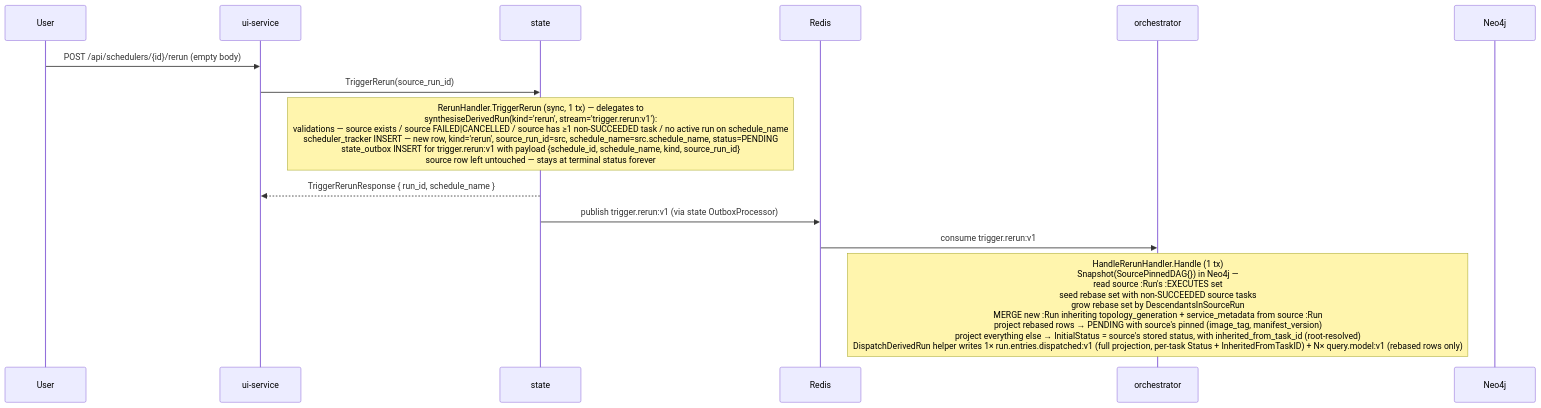
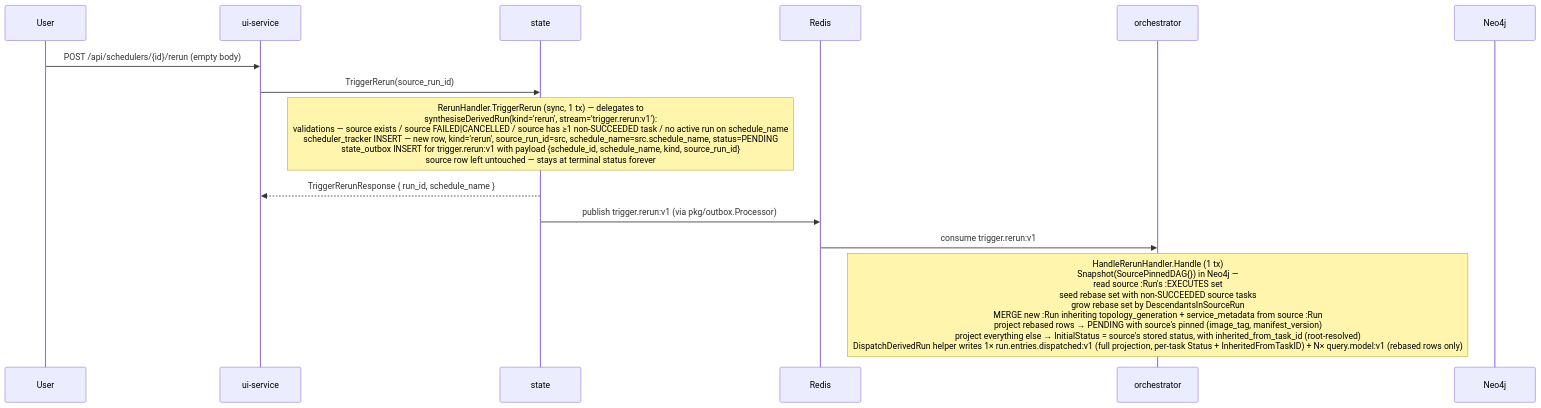
One commit to carolsimone/continuo changed the fourth of 10 diagrams in docs/arch/03-sequence-flows.md. Above: the diagram before and after it, drawn with Mermaid. The commit also changed other lines of this file and 7 other files, not shown here.

First line of the commit message:
docs(arch): reconcile per-service outbox docs with shared pkg/outbox

````diff
--- a/docs/arch/03-sequence-flows.md
+++ b/docs/arch/03-sequence-flows.md
@@ -125,19 +125,19 @@
 ```mermaid
 sequenceDiagram
   participant U as User
   participant UI as ui-service
   participant ST as state
   participant R as Redis
   participant OR as orchestrator
   participant N4 as Neo4j
 
   U->>UI: POST /api/schedulers/{id}/rerun (empty body)
   UI->>ST: TriggerRerun(source_run_id)
   Note over ST: RerunHandler.TriggerRerun (sync, 1 tx) — delegates to<br/>synthesiseDerivedRun(kind='rerun', stream='trigger.rerun:v1'):<br/>validations — source exists / source FAILED|CANCELLED / source has ≥1 non-SUCCEEDED task / no active run on schedule_name<br/>scheduler_tracker INSERT — new row, kind='rerun', source_run_id=src, schedule_name=src.schedule_name, status=PENDING<br/>state_outbox INSERT for trigger.rerun:v1 with payload {schedule_id, schedule_name, kind, source_run_id}<br/>source row left untouched — stays at terminal status forever
   ST-->>UI: TriggerRerunResponse { run_id, schedule_name }
 
-  ST->>R: publish trigger.rerun:v1 (via state OutboxProcessor)
+  ST->>R: publish trigger.rerun:v1 (via pkg/outbox.Processor)
 
   R->>OR: consume trigger.rerun:v1
   Note over OR: HandleRerunHandler.Handle (1 tx)<br/>Snapshot(SourcePinnedDAG{}) in Neo4j —<br/>  read source :Run's :EXECUTES set<br/>  seed rebase set with non-SUCCEEDED source tasks<br/>  grow rebase set by DescendantsInSourceRun<br/>  MERGE new :Run inheriting topology_generation + service_metadata from source :Run<br/>  project rebased rows → PENDING with source's pinned (image_tag, manifest_version)<br/>  project everything else → InitialStatus = source's stored status, with inherited_from_task_id (root-resolved)<br/>DispatchDerivedRun helper writes 1× run.entries.dispatched:v1 (full projection, per-task Status + InheritedFromTaskID) + N× query.model:v1 (rebased rows only)
 ```
````
